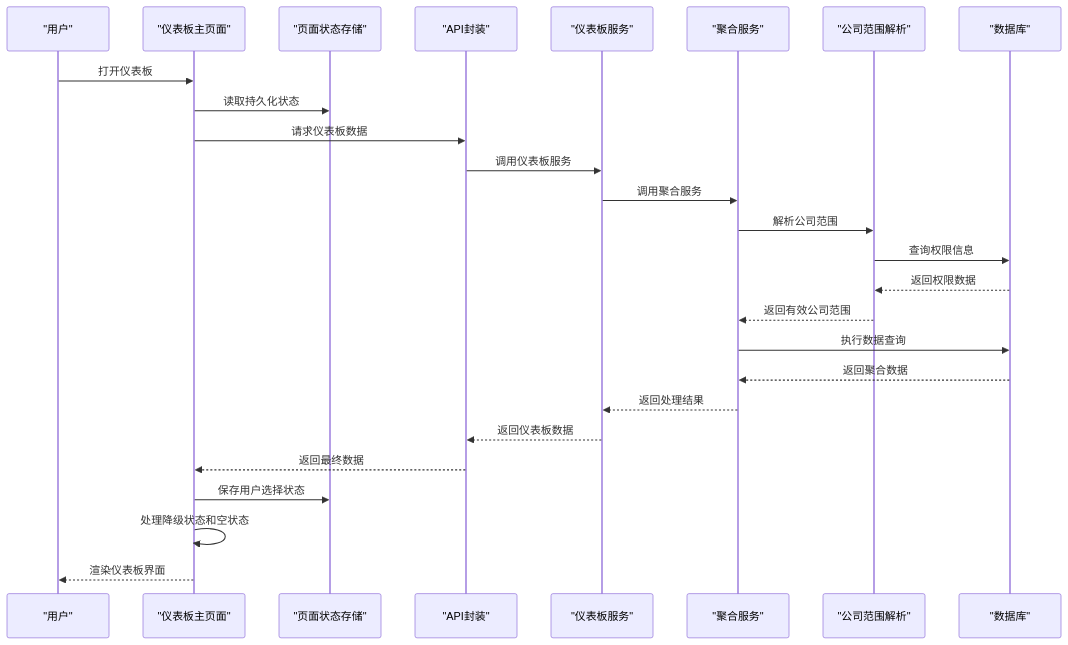
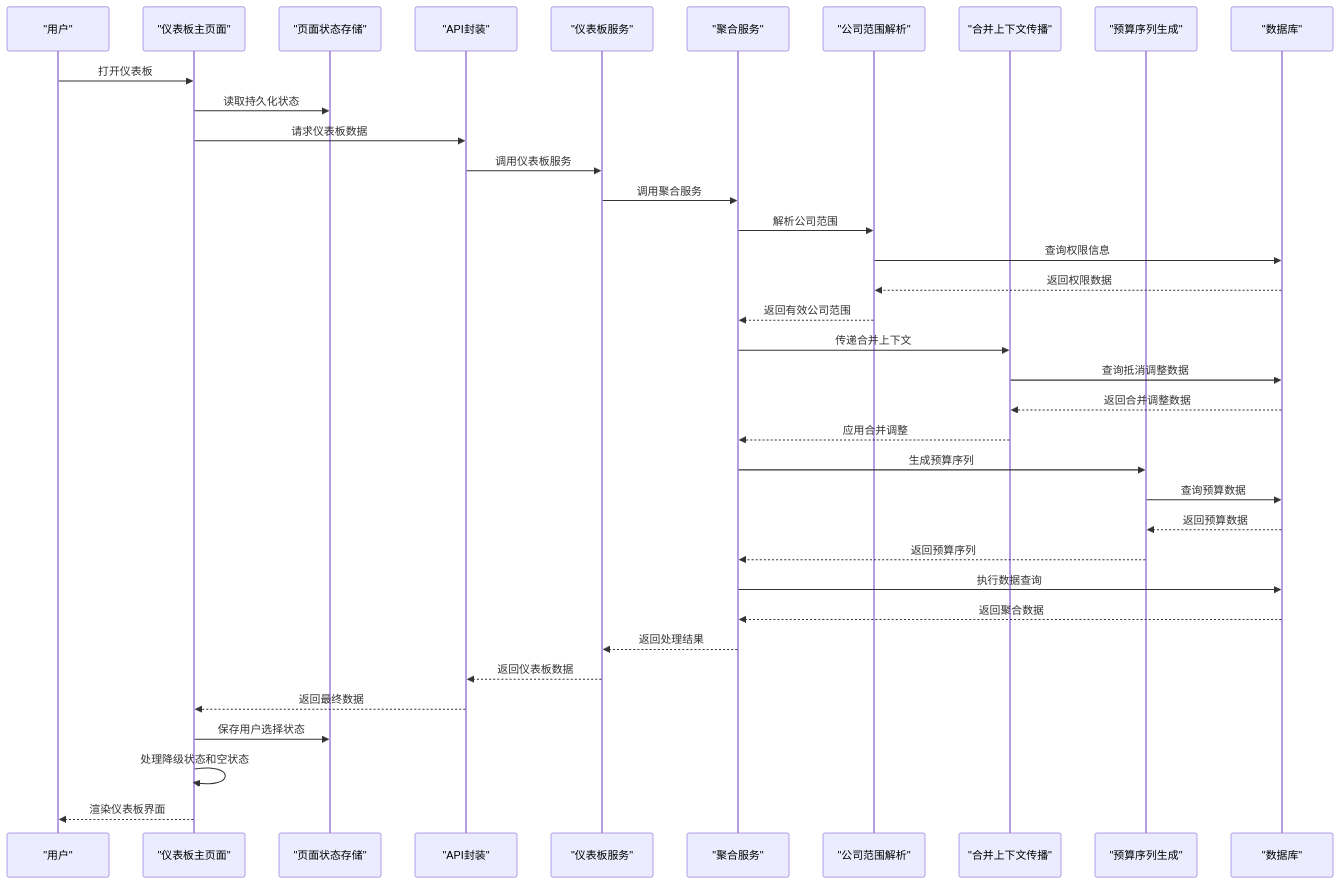
One commit to Damao997/newproject changed the second of 4 diagrams in .qoder/repowiki/zh/content/页面组件/仪表板页面.md. Above: the diagram before and after it, drawn with Mermaid. The commit also changed other lines of this file and 27 other files, not shown here.

````diff
--- a/.qoder/repowiki/zh/content/页面组件/仪表板页面.md
+++ b/.qoder/repowiki/zh/content/页面组件/仪表板页面.md
@@ -194,28 +204,38 @@
 ```mermaid
 sequenceDiagram
 participant U as "用户"
 participant P as "仪表板主页面"
 participant PS as "页面状态存储"
 participant A as "API封装"
 participant DS as "仪表板服务"
 participant AS as "聚合服务"
 participant RDC as "公司范围解析"
+participant CT as "合并上下文传播"
+participant BTS as "预算序列生成"
 participant DB as "数据库"
 U->>P : 打开仪表板
 P->>PS : 读取持久化状态
 P->>A : 请求仪表板数据
 A->>DS : 调用仪表板服务
 DS->>AS : 调用聚合服务
 AS->>RDC : 解析公司范围
 RDC->>DB : 查询权限信息
 DB-->>RDC : 返回权限数据
 RDC-->>AS : 返回有效公司范围
+AS->>CT : 传递合并上下文
+CT->>DB : 查询抵消调整数据
+DB-->>CT : 返回合并调整数据
+CT-->>AS : 应用合并调整
+AS->>BTS : 生成预算序列
+BTS->>DB : 查询预算数据
+DB-->>BTS : 返回预算数据
+BTS-->>AS : 返回预算序列
 AS->>DB : 执行数据查询
 DB-->>AS : 返回聚合数据
 AS-->>DS : 返回处理结果
 DS-->>A : 返回仪表板数据
 A-->>P : 返回最终数据
 P->>PS : 保存用户选择状态
 P->>P : 处理降级状态和空状态
 P-->>U : 渲染仪表板界面
 ```
````
